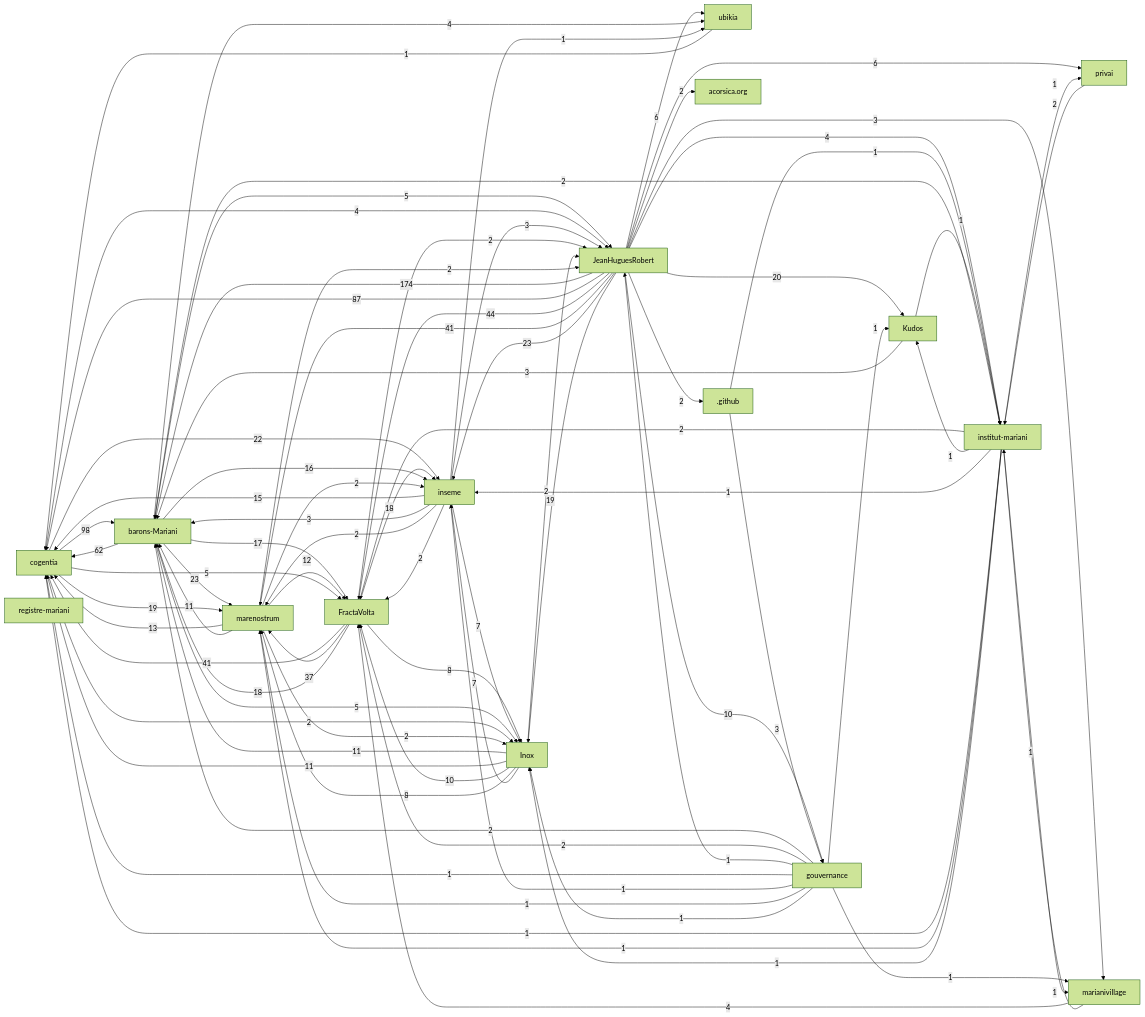
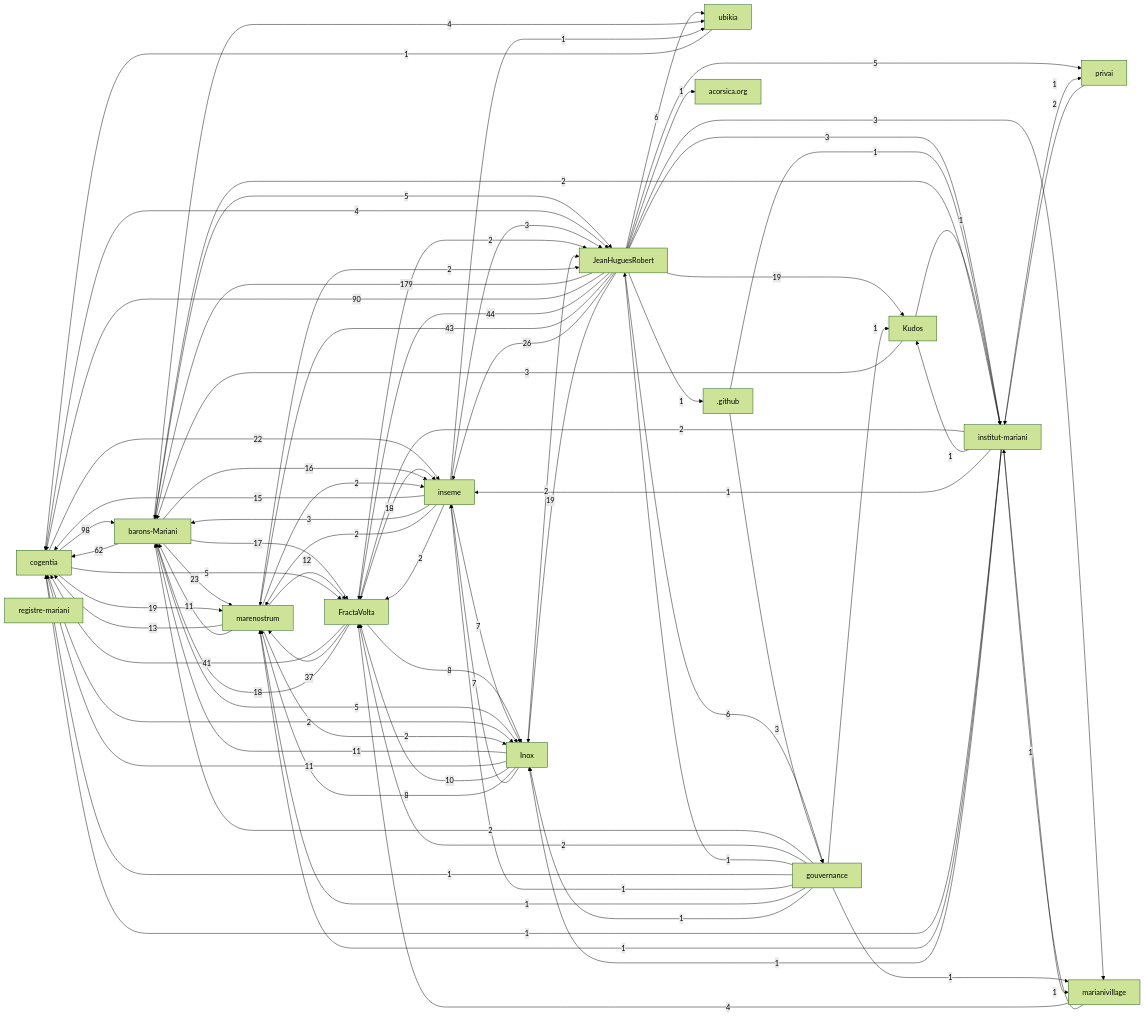
Before and after one commit to JeanHuguesRobert/FractaVolta: the first of 2 diagrams in research/corpus-status.md, drawn with Mermaid (forest theme).

Commit message:
Refresh corpus status

```diff
--- a/research/corpus-status.md
+++ b/research/corpus-status.md
@@ -67,20 +67,20 @@
   r_kudos["Kudos"]
   r_github[".github"]
   r_acorsica_org["acorsica.org"]
-  r_jeanhuguesrobert -->|174| r_barons_mariani
+  r_jeanhuguesrobert -->|179| r_barons_mariani
   r_cogentia -->|98| r_barons_mariani
-  r_jeanhuguesrobert -->|87| r_cogentia
+  r_jeanhuguesrobert -->|90| r_cogentia
   r_barons_mariani -->|62| r_cogentia
   r_jeanhuguesrobert -->|44| r_fractavolta
+  r_jeanhuguesrobert -->|43| r_marenostrum
   r_fractavolta -->|41| r_cogentia
-  r_jeanhuguesrobert -->|41| r_marenostrum
   r_fractavolta -->|37| r_marenostrum
+  r_jeanhuguesrobert -->|26| r_inseme
   r_barons_mariani -->|23| r_marenostrum
-  r_jeanhuguesrobert -->|23| r_inseme
   r_cogentia -->|22| r_inseme
-  r_jeanhuguesrobert -->|20| r_kudos
   r_cogentia -->|19| r_marenostrum
   r_jeanhuguesrobert -->|19| r_inox
+  r_jeanhuguesrobert -->|19| r_kudos
   r_fractavolta -->|18| r_inseme
   r_fractavolta -->|18| r_barons_mariani
   r_barons_mariani -->|17| r_fractavolta
@@ -92,23 +92,23 @@
   r_inox -->|11| r_cogentia
   r_marenostrum -->|11| r_barons_mariani
   r_inox -->|10| r_fractavolta
-  r_jeanhuguesrobert -->|10| r_gouvernance
   r_fractavolta -->|8| r_inox
   r_inox -->|8| r_marenostrum
   r_inox -->|7| r_inseme
   r_inseme -->|7| r_inox
-  r_jeanhuguesrobert -->|6| r_privai
+  r_jeanhuguesrobert -->|6| r_gouvernance
   r_jeanhuguesrobert -->|6| r_ubikia
   r_barons_mariani -->|5| r_inox
   r_barons_mariani -->|5| r_jeanhuguesrobert
   r_cogentia -->|5| r_fractavolta
+  r_jeanhuguesrobert -->|5| r_privai
   r_barons_mariani -->|4| r_ubikia
   r_cogentia -->|4| r_jeanhuguesrobert
-  r_jeanhuguesrobert -->|4| r_institut_mariani
   r_marianivillage -->|4| r_fractavolta
   r_github -->|3| r_gouvernance
   r_inseme -->|3| r_barons_mariani
   r_inseme -->|3| r_jeanhuguesrobert
+  r_jeanhuguesrobert -->|3| r_institut_mariani
   r_jeanhuguesrobert -->|3| r_marianivillage
   r_kudos -->|3| r_barons_mariani
   r_cogentia -->|2| r_inox
@@ -120,8 +120,6 @@
   r_inseme -->|2| r_fractavolta
   r_institut_mariani -->|2| r_barons_mariani
   r_institut_mariani -->|2| r_fractavolta
-  r_jeanhuguesrobert -->|2| r_github
-  r_jeanhuguesrobert -->|2| r_acorsica_org
   r_marenostrum -->|2| r_jeanhuguesrobert
   r_marenostrum -->|2| r_inseme
   r_marenostrum -->|2| r_inox
@@ -142,6 +140,8 @@
   r_institut_mariani -->|1| r_cogentia
   r_institut_mariani -->|1| r_marenostrum
   r_institut_mariani -->|1| r_inox
+  r_jeanhuguesrobert -->|1| r_github
+  r_jeanhuguesrobert -->|1| r_acorsica_org
   r_kudos -->|1| r_institut_mariani
   r_marianivillage -->|1| r_institut_mariani
   r_ubikia -->|1| r_cogentia
```
